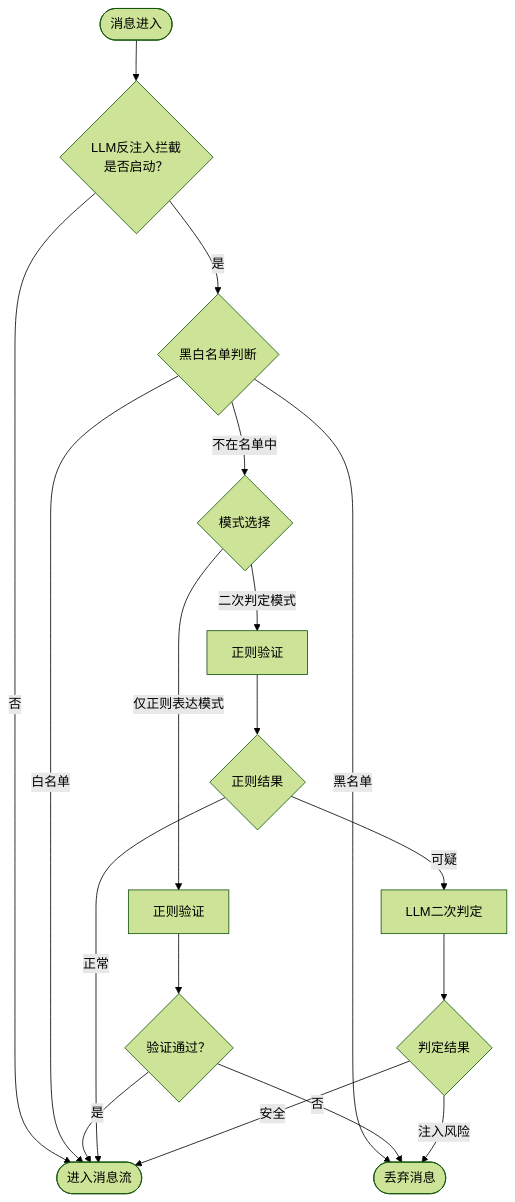
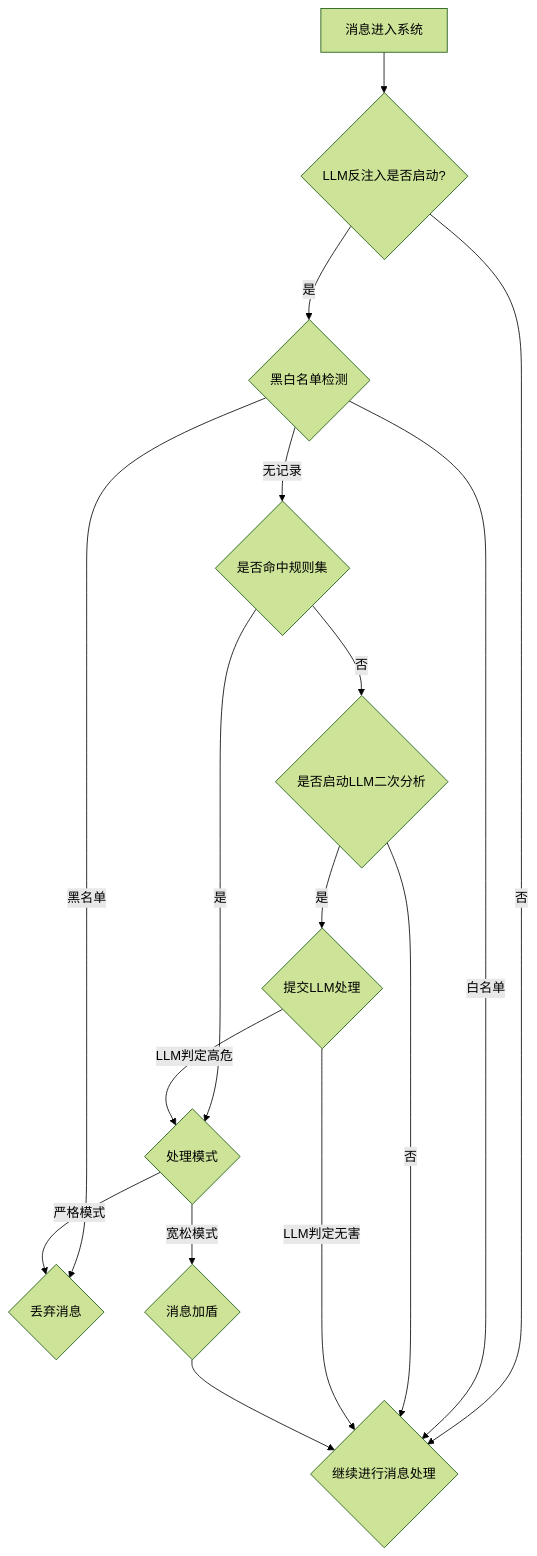
Before and after one commit to NyakoWW/MoFox_Bot: the diagram in src/chat/antipromptinjector/流程图.md, drawn with Mermaid (forest theme). The commit also changed 2 other files, not shown here.

Commit message:
Refactor antiprompt flowchart and fix indentation
Updated the antipromptinjector flowchart for improved clarity and logic. Fixed indentation in expression_selector.py to correct code structure. Removed obsolete db_migration_plan.md documentation.

````diff
--- a/src/chat/antipromptinjector/流程图.md
+++ b/src/chat/antipromptinjector/流程图.md
@@ -1,18 +1,18 @@
 ```mermaid
 flowchart TD
-    A([消息进入]) --> B{LLM反注入拦截
-    是否启动？}
-    B -- 否 --> Z([进入消息流])
-    B -- 是 --> C{黑白名单判断}
-    C -- 黑名单 --> D([丢弃消息])
-    C -- 白名单 --> Z
-    C -- 不在名单中 --> E{模式选择}
-    E -- 仅正则表达模式 --> F[正则验证] --> G{验证通过？}
-    G -- 是 --> Z
-    G -- 否 --> D
-    E -- 二次判定模式 --> H[正则验证] --> I{正则结果}
-    I -- 正常 --> Z
-    I -- 可疑 --> J[LLM二次判定] --> K{判定结果}
-    K -- 安全 --> Z
-    K -- 注入风险 --> D
-```
+    A[消息进入系统] --> B{LLM反注入是否启动?}
+    B -->|是| C{黑白名单检测}
+    B -->|否| Y
+    C -->|白名单| Y{继续进行消息处理}
+    C -->|无记录| D{是否命中规则集}
+    C -->|黑名单| X{丢弃消息}
+    D -->|否| E{是否启动LLM二次分析}
+    D -->|是| G{处理模式}
+    E -->|是| F{提交LLM处理}
+    E -->|否| Y
+    F -->|LLM判定高危| G
+    F -->|LLM判定无害| Y
+    G -->|严格模式| X
+    G -->|宽松模式| H{消息加盾}
+    H --> Y
+```   
````
